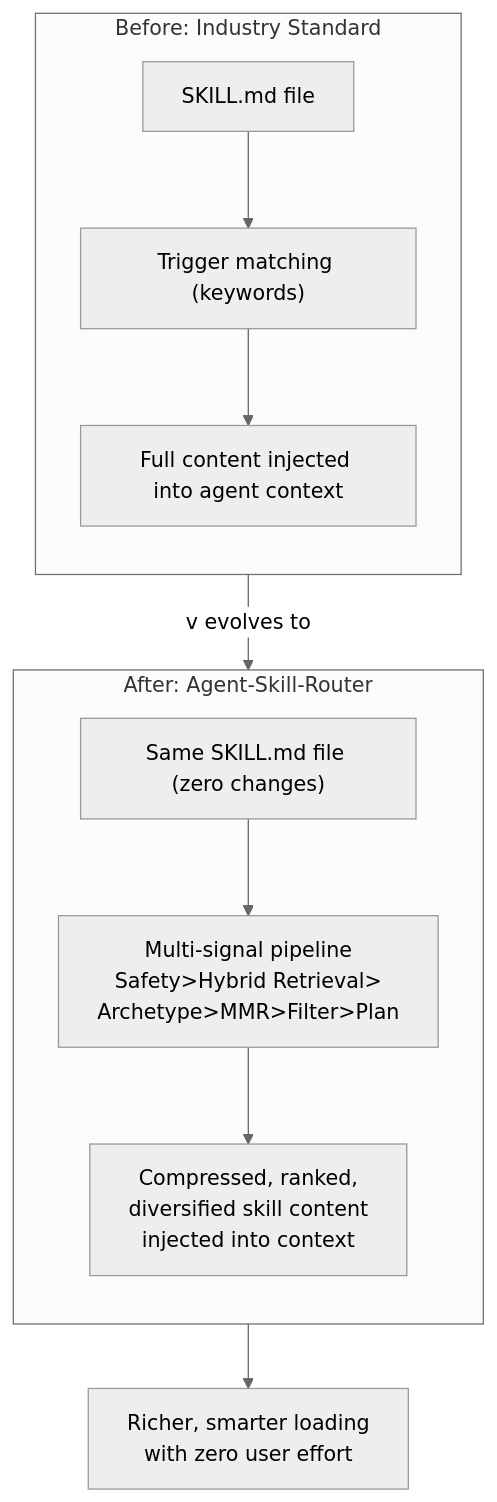
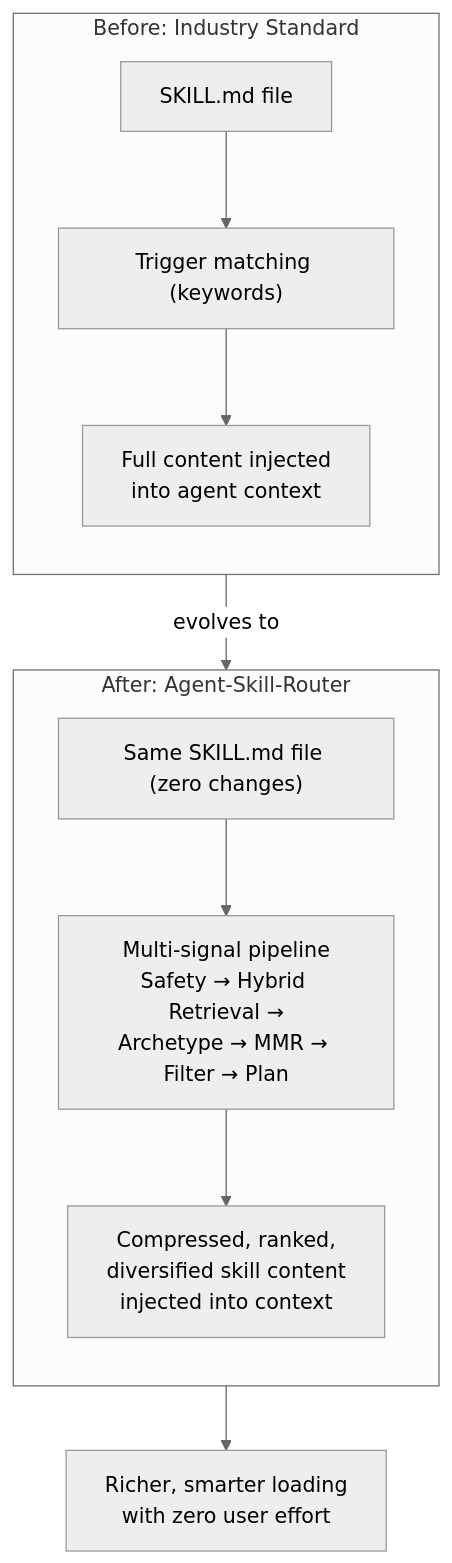
The tenth of 10 diagrams in docs/skill-evolution.md (paulpas/agent-skill-router), drawn with Mermaid before and after one commit. The commit also changed other lines of this file and 7 other files, not shown here.

````diff
--- a/docs/skill-evolution.md
+++ b/docs/skill-evolution.md
@@ -554,24 +554,24 @@
 ```mermaid
 ---
 config:
   theme: neutral
 ---
 flowchart TD
     subgraph Before["Before: Industry Standard"]
         direction TB
         B1["SKILL.md file"] --> B2["Trigger matching (keywords)"]
-        B2 --> B3["Full content injected into agent context"]
+        B2 --> B3["Full content injected<br/>into agent context"]
     end
 
-    Before -->|"v evolves to"| After
+    Before -->|"evolves to"| After
 
     subgraph After["After: Agent-Skill-Router"]
         direction TB
         A1["Same SKILL.md file (zero changes)"]
-        A1 --> A2["Multi-signal pipeline<br/>Safety>Hybrid Retrieval><br/>Archetype>MMR>Filter>Plan"]
+        A1 --> A2["Multi-signal pipeline<br/>Safety → Hybrid Retrieval →<br/>Archetype → MMR → Filter → Plan"]
         A2 --> A3["Compressed, ranked,<br/>diversified skill content<br/>injected into context"]
     end
 
     Outcome["Richer, smarter loading<br/>with zero user effort"]
     After --> Outcome
 ```
````
